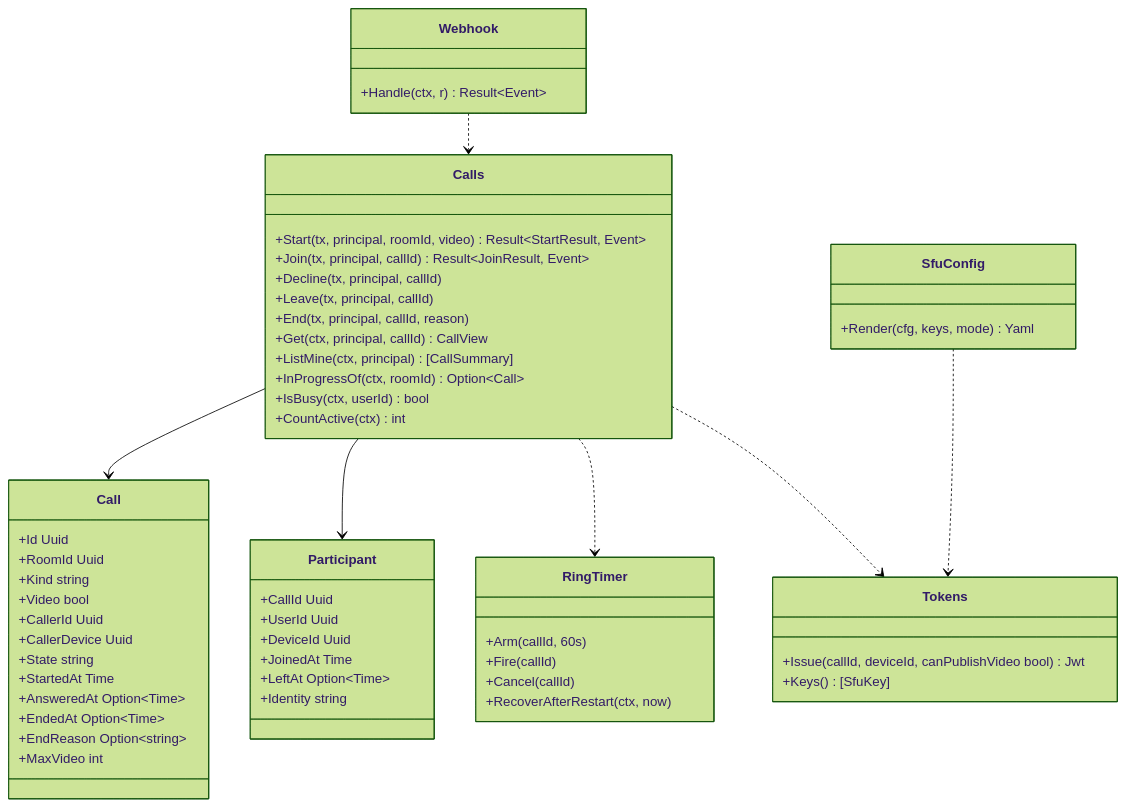
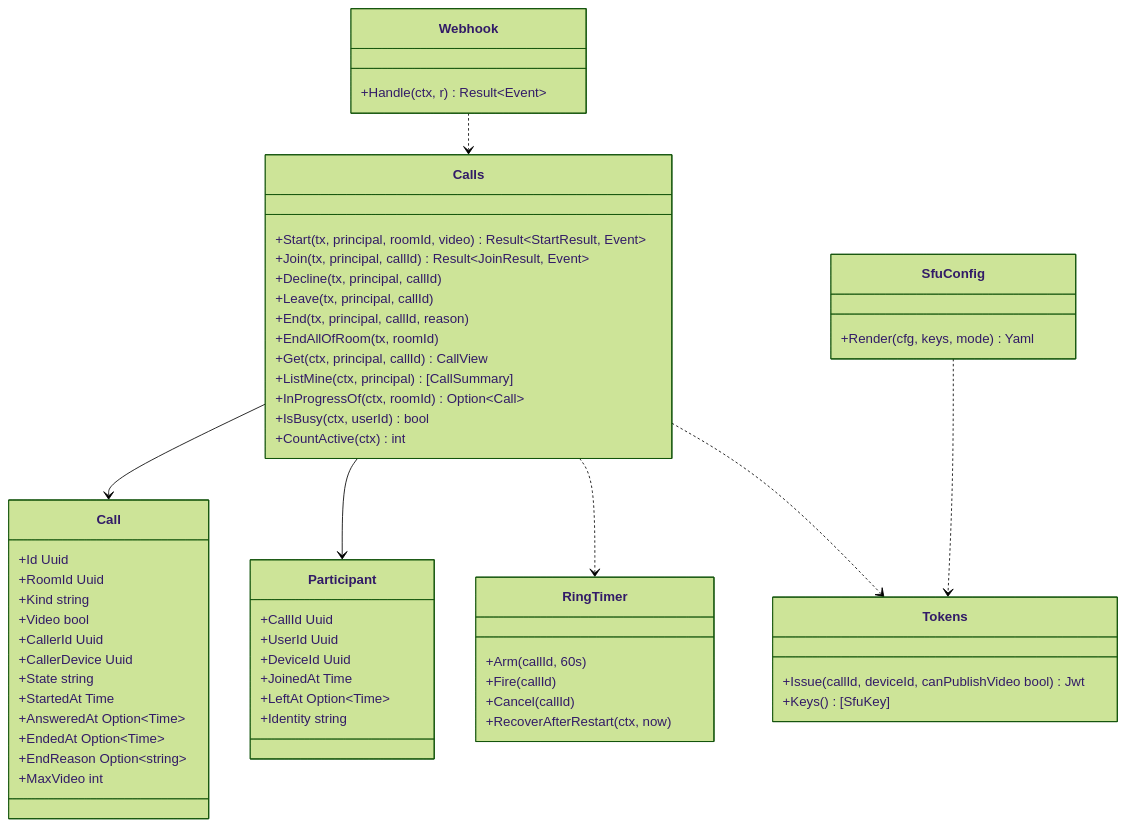
One commit to nrsd-ishikawasou/family-talk-pwa changed the diagram in dev/docs/jp/ブロック/srv-calls.md. Above: the diagram before and after it, drawn with Mermaid (forest theme). The commit also changed other lines of this file and 117 other files, not shown here.

````diff
--- a/dev/docs/jp/ブロック/srv-calls.md
+++ b/dev/docs/jp/ブロック/srv-calls.md
@@ -43,59 +44,60 @@
 ```mermaid
 classDiagram
   class Call {
     +Id Uuid
     +RoomId Uuid
     +Kind string
     +Video bool
     +CallerId Uuid
     +CallerDevice Uuid
     +State string
     +StartedAt Time
     +AnsweredAt Option~Time~
     +EndedAt Option~Time~
     +EndReason Option~string~
     +MaxVideo int
   }
   class Participant {
     +CallId Uuid
     +UserId Uuid
     +DeviceId Uuid
     +JoinedAt Time
     +LeftAt Option~Time~
     +Identity string
   }
   class Calls {
     +Start(tx, principal, roomId, video) Result~StartResult, Event~
     +Join(tx, principal, callId) Result~JoinResult, Event~
     +Decline(tx, principal, callId)
     +Leave(tx, principal, callId)
     +End(tx, principal, callId, reason)
+    +EndAllOfRoom(tx, roomId)
     +Get(ctx, principal, callId) CallView
     +ListMine(ctx, principal) [CallSummary]
     +InProgressOf(ctx, roomId) Option~Call~
     +IsBusy(ctx, userId) bool
     +CountActive(ctx) int
   }
   class RingTimer {
     +Arm(callId, 60s)
     +Fire(callId)
     +Cancel(callId)
     +RecoverAfterRestart(ctx, now)
   }
   class Tokens {
     +Issue(callId, deviceId, canPublishVideo bool) Jwt
     +Keys() [SfuKey]
   }
   class Webhook {
     +Handle(ctx, r) Result~Event~
   }
   class SfuConfig {
     +Render(cfg, keys, mode) Yaml
   }
   Calls --> Call
   Calls --> Participant
   Calls ..> RingTimer
   Calls ..> Tokens
   Webhook ..> Calls
   SfuConfig ..> Tokens
 ```
````
